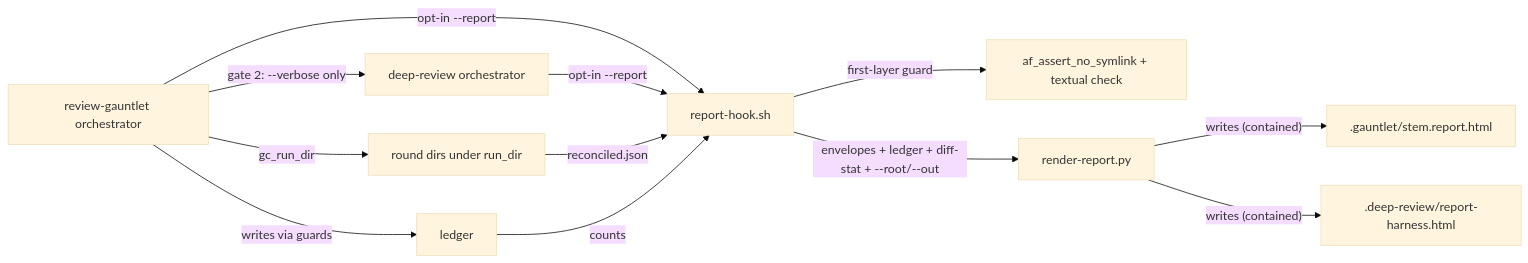
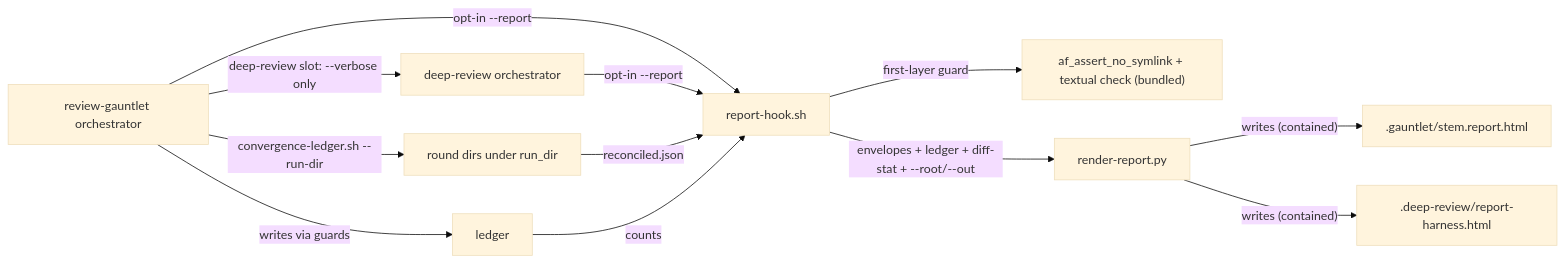
Before and after one commit to vr000m/skein: the first of 3 diagrams in docs/dev_plans/20261008-feature-review-output-formats.md, drawn with Mermaid (base theme). The commit also changed other lines of this file, not shown here.

Commit message:
docs: fold review round 5 findings and per-owner phase split into review-output-formats plan

````diff
--- a/docs/dev_plans/20261008-feature-review-output-formats.md
+++ b/docs/dev_plans/20261008-feature-review-output-formats.md
@@ -198,14 +217,14 @@
 ```mermaid
 graph LR
-    G["review-gauntlet orchestrator"] -->|"gate 2: --verbose only"| D["deep-review orchestrator"]
+    G["review-gauntlet orchestrator"] -->|"deep-review slot: --verbose only"| D["deep-review orchestrator"]
     G -->|"opt-in --report"| HK["report-hook.sh"]
     D -->|"opt-in --report"| HK
-    HK -->|"first-layer guard"| GD["af_assert_no_symlink + textual check"]
+    HK -->|"first-layer guard"| GD["af_assert_no_symlink + textual check (bundled)"]
     HK -->|"envelopes + ledger + diff-stat + --root/--out"| R["render-report.py"]
     R -->|"writes (contained)"| O1[".gauntlet/stem.report.html"]
     R -->|"writes (contained)"| O2[".deep-review/report-harness.html"]
     G -->|"writes via guards"| LG["ledger"]
-    G -->|"gc_run_dir"| RD["round dirs under run_dir"]
+    G -->|"convergence-ledger.sh --run-dir"| RD["round dirs under run_dir"]
     RD -->|"reconciled.json"| HK
     LG -->|"counts"| HK
 ```
````
